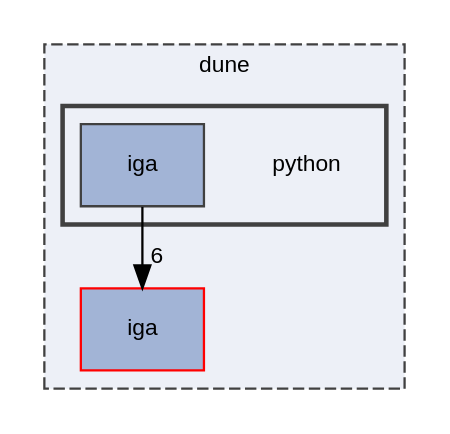
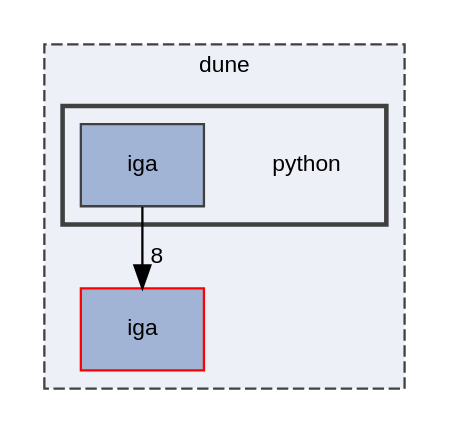
The diagram in dir_e42d0074801678c644b0e137d50ef233_dep.dot (rath3t/dune-iga-doc), drawn with Graphviz before and after one commit. The commit also changed 19 other files, not shown here.

```diff
--- a/dir_e42d0074801678c644b0e137d50ef233_dep.dot
+++ b/dir_e42d0074801678c644b0e137d50ef233_dep.dot
@@ -1,17 +1,17 @@
 digraph "python"
 {
  // LATEX_PDF_SIZE
   edge [fontname="Helvetica",fontsize="10",labelfontname="Helvetica",labelfontsize="10"];
   node [fontname="Helvetica",fontsize="10",shape=record];
   compound=true
   subgraph clusterdir_5e69be5995c9f5d42bf491ae6f29600e {
     graph [ bgcolor="#edf0f7", pencolor="grey25", style="filled,dashed,", label="dune", fontname="Helvetica", fontsize="10", URL="dir_5e69be5995c9f5d42bf491ae6f29600e.html"]
   dir_d2a3c23294a1b1015b1b8e8721ddded8 [shape=box, label="iga", style="filled,", fillcolor="#a2b4d6", color="red", URL="dir_d2a3c23294a1b1015b1b8e8721ddded8.html"];
   subgraph clusterdir_e42d0074801678c644b0e137d50ef233 {
     graph [ bgcolor="#edf0f7", pencolor="grey25", style="filled,bold,", label="", fontname="Helvetica", fontsize="10", URL="dir_e42d0074801678c644b0e137d50ef233.html"]
     dir_e42d0074801678c644b0e137d50ef233 [shape=plaintext, label="python"];
   dir_4df0bd6c9c69aa67512ad22eda882a96 [shape=box, label="iga", style="filled,", fillcolor="#a2b4d6", color="grey25", URL="dir_4df0bd6c9c69aa67512ad22eda882a96.html"];
   }
   }
-  dir_4df0bd6c9c69aa67512ad22eda882a96->dir_d2a3c23294a1b1015b1b8e8721ddded8 [headlabel="6", labeldistance=1.5 headhref="dir_000010_000009.html"];
+  dir_4df0bd6c9c69aa67512ad22eda882a96->dir_d2a3c23294a1b1015b1b8e8721ddded8 [headlabel="8", labeldistance=1.5 headhref="dir_000010_000009.html"];
 }
```
